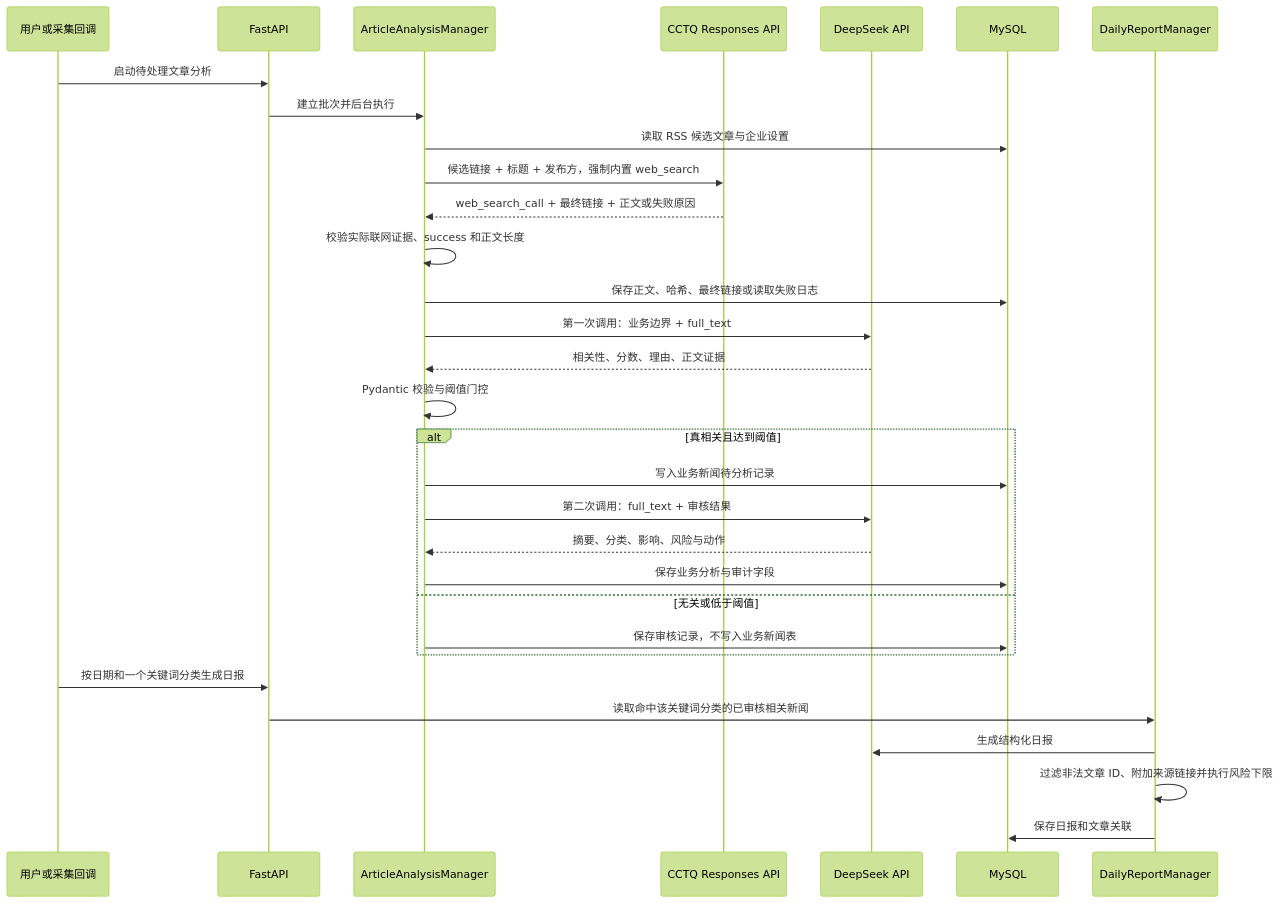
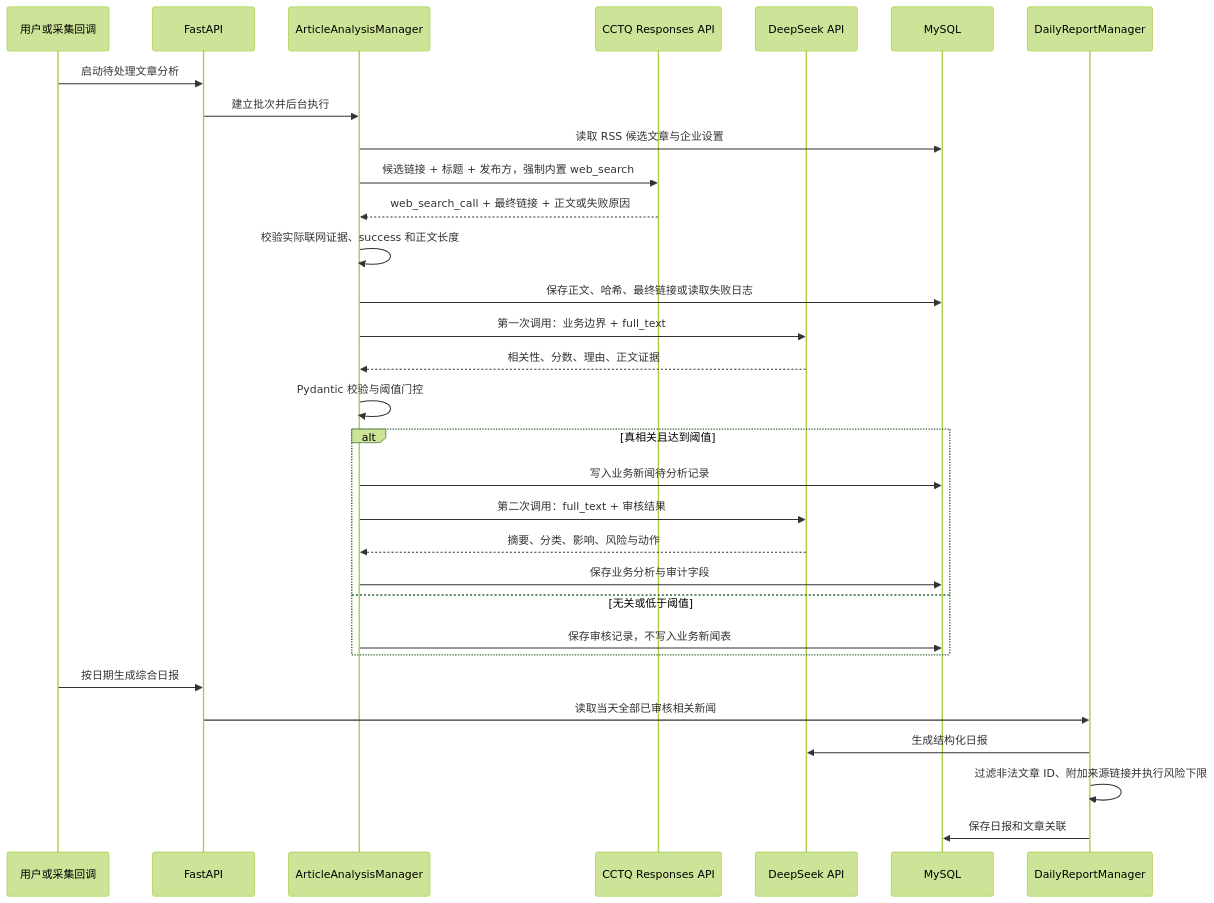
One commit to shiye1213/intco-rss-collector changed the third of 3 diagrams in docs/architecture.md. Above: the diagram before and after it, drawn with Mermaid (forest theme). The commit also changed other lines of this file and 19 other files, not shown here.

````diff
--- a/docs/architecture.md
+++ b/docs/architecture.md
@@ -83,34 +83,34 @@
 ```mermaid
 sequenceDiagram
     participant User as 用户或采集回调
     participant API as FastAPI
     participant Analysis as ArticleAnalysisManager
     participant OpenAI as CCTQ Responses API
     participant DeepSeek as DeepSeek API
     participant DB as MySQL
     participant Report as DailyReportManager
 
     User->>API: 启动待处理文章分析
     API->>Analysis: 建立批次并后台执行
     Analysis->>DB: 读取 RSS 候选文章与企业设置
     Analysis->>OpenAI: 候选链接 + 标题 + 发布方，强制内置 web_search
     OpenAI-->>Analysis: web_search_call + 最终链接 + 正文或失败原因
     Analysis->>Analysis: 校验实际联网证据、success 和正文长度
     Analysis->>DB: 保存正文、哈希、最终链接或读取失败日志
     Analysis->>DeepSeek: 第一次调用：业务边界 + full_text
     DeepSeek-->>Analysis: 相关性、分数、理由、正文证据
     Analysis->>Analysis: Pydantic 校验与阈值门控
     alt 真相关且达到阈值
         Analysis->>DB: 写入业务新闻待分析记录
         Analysis->>DeepSeek: 第二次调用：full_text + 审核结果
         DeepSeek-->>Analysis: 摘要、分类、影响、风险与动作
         Analysis->>DB: 保存业务分析与审计字段
     else 无关或低于阈值
         Analysis->>DB: 保存审核记录，不写入业务新闻表
     end
-    User->>API: 按日期和一个关键词分类生成日报
-    API->>Report: 读取命中该关键词分类的已审核相关新闻
+    User->>API: 按日期生成综合日报
+    API->>Report: 读取当天全部已审核相关新闻
     Report->>DeepSeek: 生成结构化日报
     Report->>Report: 过滤非法文章 ID、附加来源链接并执行风险下限
     Report->>DB: 保存日报和文章关联
 ```
````
